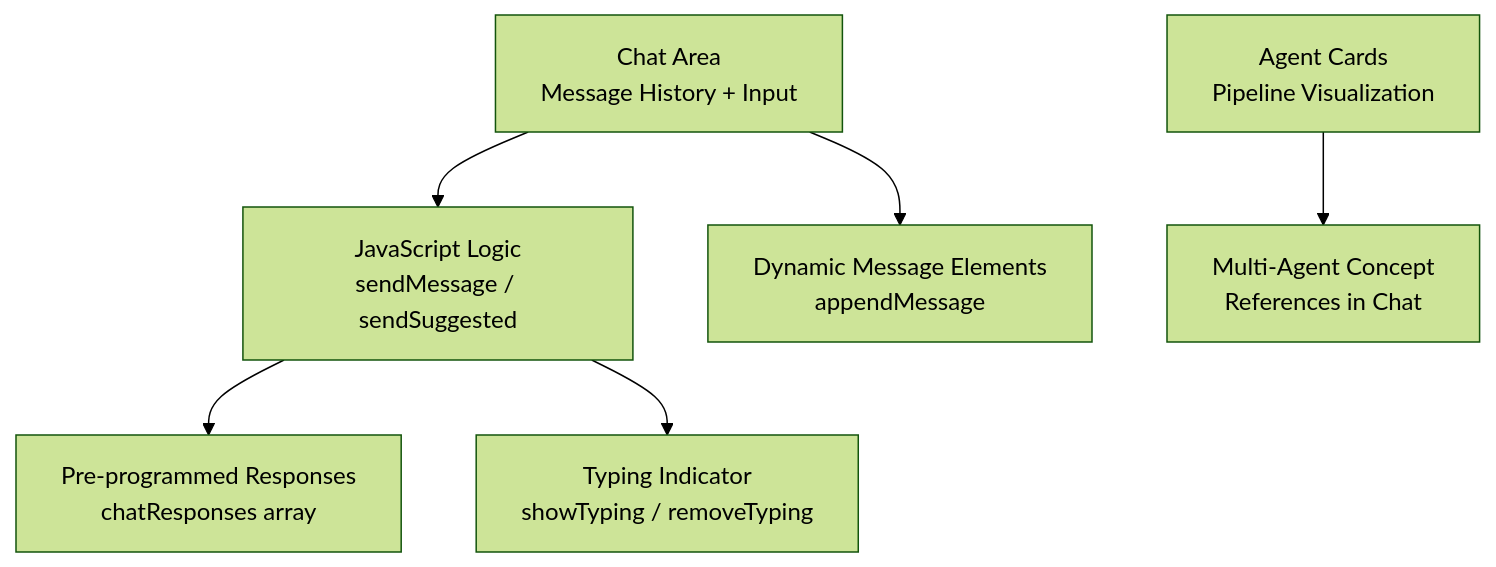
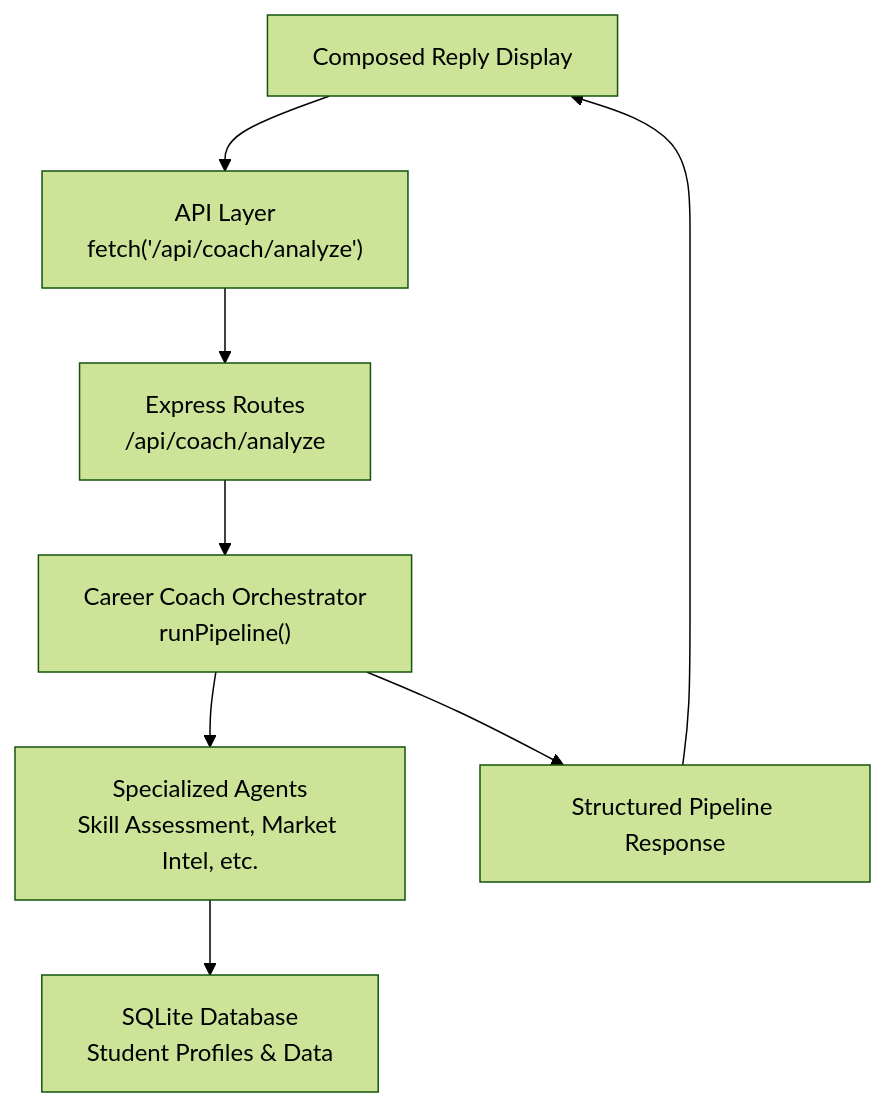
Before and after one commit to Alishba-Moin/CareerCompass: the first of 3 diagrams in .qoder/repowiki/en/content/Core Features/AI Career Coach Interface.md, drawn with Mermaid (forest theme). The commit also changed other lines of this file and 38 other files, not shown here.

Commit message:
Add Roadmap pdf download option

````diff
--- a/.qoder/repowiki/en/content/Core Features/AI Career Coach Interface.md
+++ b/.qoder/repowiki/en/content/Core Features/AI Career Coach Interface.md
@@ -29,8 +44,10 @@
 ```mermaid
 graph TB
-UI["Chat Area<br/>Message History + Input"] --> JS["JavaScript Logic<br/>sendMessage / sendSuggested"]
-JS --> Responses["Pre-programmed Responses<br/>chatResponses array"]
-JS --> Typing["Typing Indicator<br/>showTyping / removeTyping"]
-UI --> DOM["Dynamic Message Elements<br/>appendMessage"]
-AgentUI["Agent Cards<br/>Pipeline Visualization"] --> Concept["Multi-Agent Concept<br/>References in Chat"]
+UI["React Chat Interface<br/>ChatPanel + App.jsx"] --> API["API Layer<br/>fetch('/api/coach/analyze')"]
+API --> ROUTES["Express Routes<br/>/api/coach/analyze"]
+ROUTES --> ORCHESTRATOR["Career Coach Orchestrator<br/>runPipeline()"]
+ORCHESTRATOR --> AGENTS["Specialized Agents<br/>Skill Assessment, Market Intel, etc."]
+AGENTS --> DB["SQLite Database<br/>Student Profiles & Data"]
+ORCHESTRATOR --> RESPONSE["Structured Pipeline Response"]
+RESPONSE --> UI["Composed Reply Display"]
 ```
````
